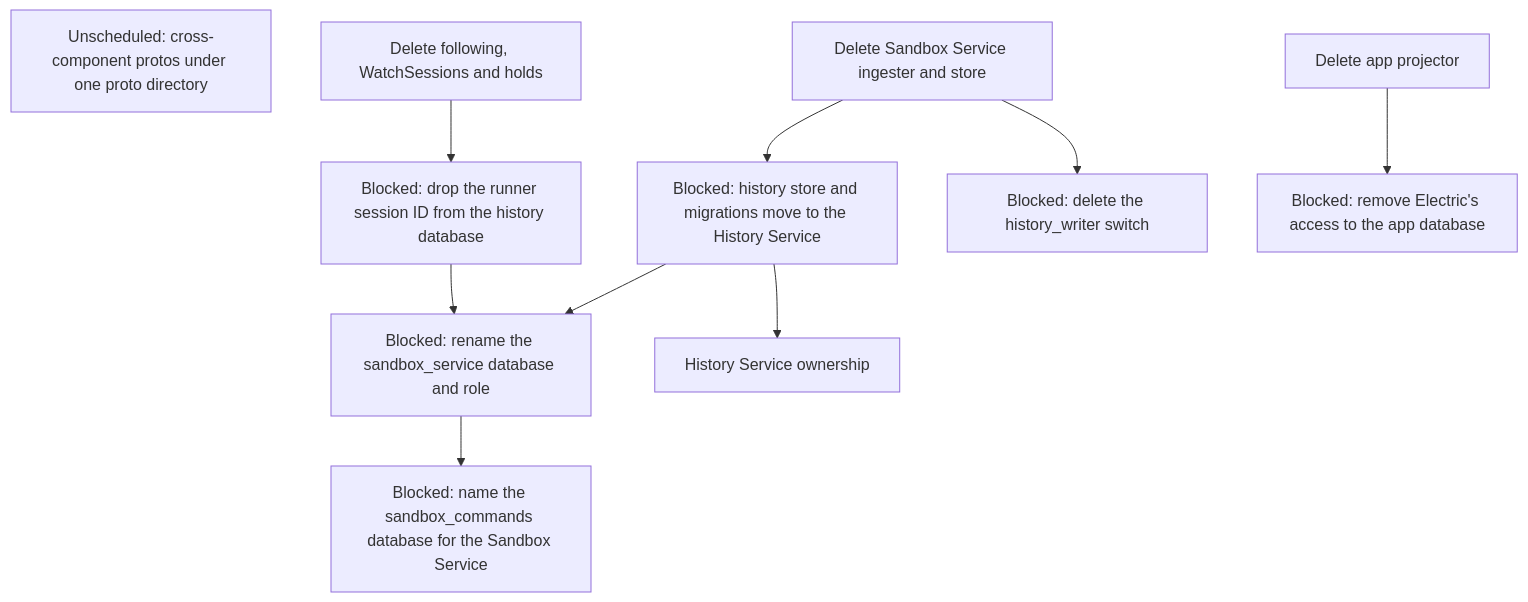
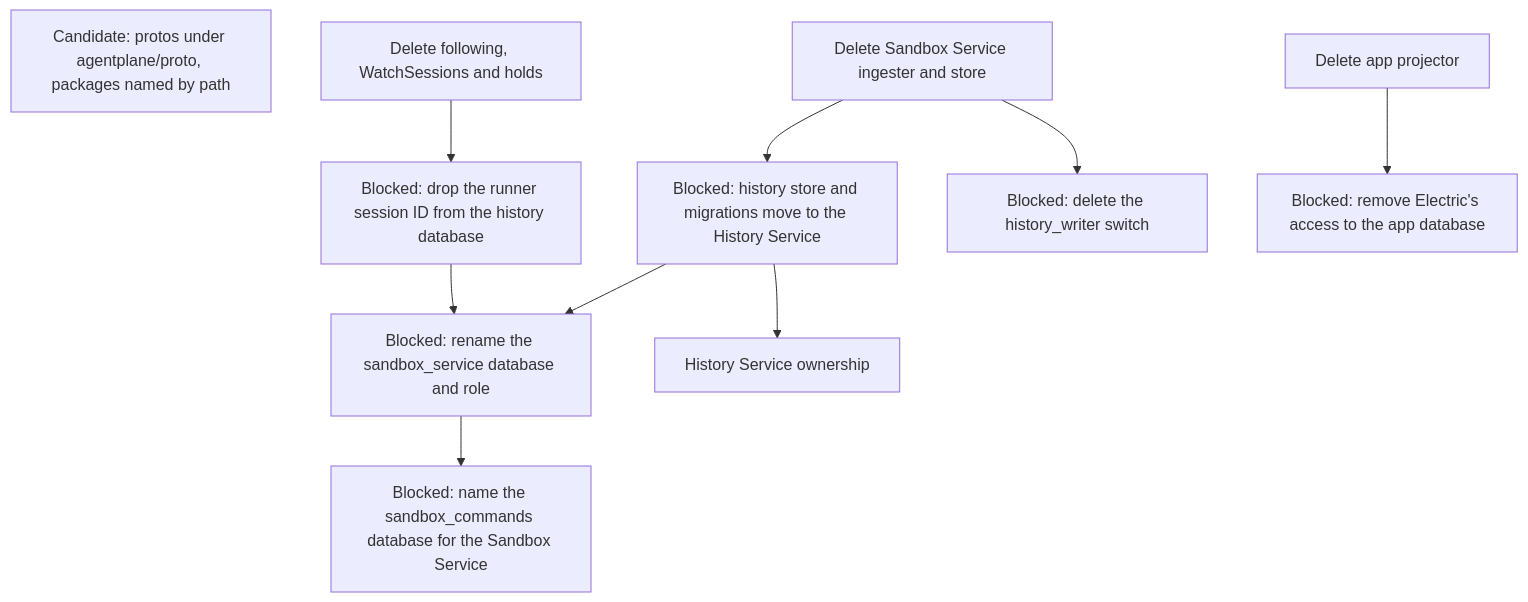
Before and after one commit to agentydragon-agent/ducktape: the tenth of 12 diagrams in agentplane/plans/task_dag.md, drawn with Mermaid. The commit also changed other lines of this file and 8 other files, not shown here.

````diff
--- a/agentplane/plans/task_dag.md
+++ b/agentplane/plans/task_dag.md
@@ -775,21 +776,21 @@
 ```mermaid
 flowchart TD
     HISTORY_RUNNER_SESSION_ID_DROP[Blocked: drop the runner session ID from the history database]
     HISTORY_STORE_MOVE[Blocked: history store and migrations move to the History Service]
     HISTORY_WRITER_SWITCH_RETIRE[Blocked: delete the history_writer switch]
     HISTORY_DATABASE_RENAME[Blocked: rename the sandbox_service database and role]
     SANDBOX_DATABASE_RENAME[Blocked: name the sandbox_commands database for the Sandbox Service]
     APP_ELECTRIC_RETIRE[Blocked: remove Electric's access to the app database]
-    PROTO_DIRECTORY[Unscheduled: cross-component protos under one proto directory]
+    PROTO_DIRECTORY[Candidate: protos under agentplane/proto, packages named by path]
     SANDBOX_LOCAL_HISTORY_RETIRE[Delete Sandbox Service ingester and store]
     APP_PROJECTOR_RETIRE[Delete app projector]
     HISTORY_SERVICE_OWNERSHIP[History Service ownership]
     SANDBOX_LOCAL_HISTORY_RETIRE --> HISTORY_STORE_MOVE
     SANDBOX_LOCAL_HISTORY_RETIRE --> HISTORY_WRITER_SWITCH_RETIRE
     HISTORY_STORE_MOVE --> HISTORY_SERVICE_OWNERSHIP
     HISTORY_STORE_MOVE --> HISTORY_DATABASE_RENAME
     FOLLOW_PATH_RETIRE[Delete following, WatchSessions and holds] --> HISTORY_RUNNER_SESSION_ID_DROP
     HISTORY_RUNNER_SESSION_ID_DROP --> HISTORY_DATABASE_RENAME
     HISTORY_DATABASE_RENAME --> SANDBOX_DATABASE_RENAME
     APP_PROJECTOR_RETIRE --> APP_ELECTRIC_RETIRE
 ```
````
